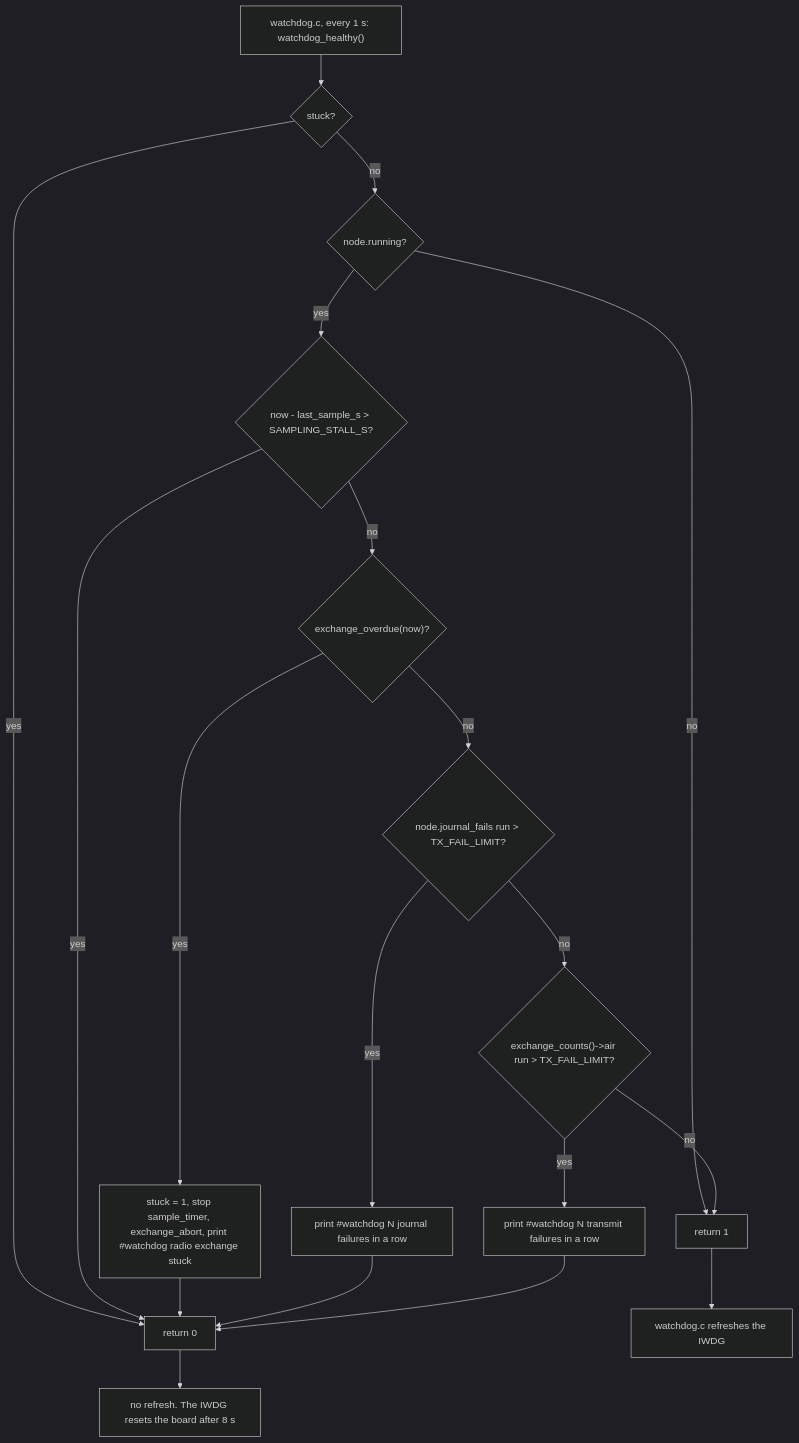
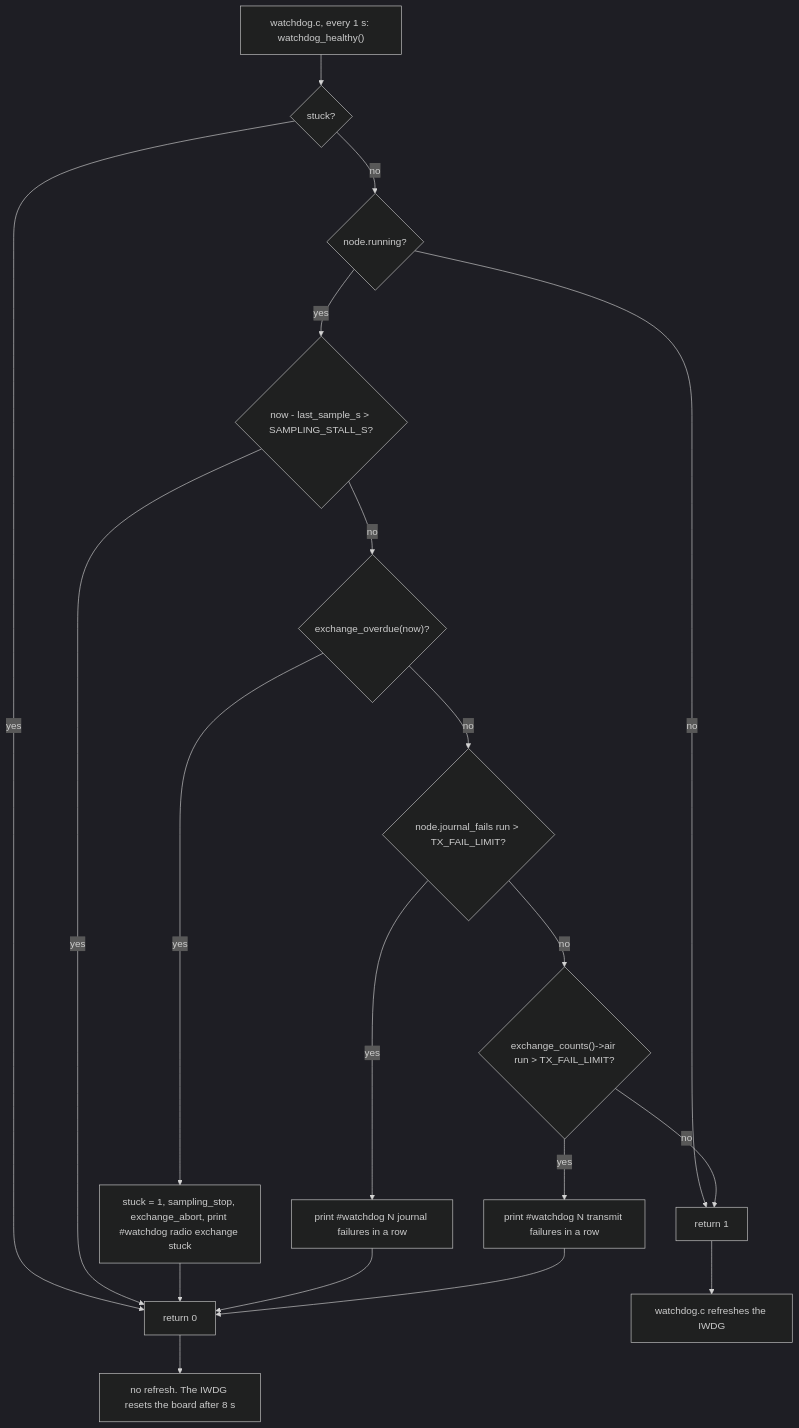
One commit to clintecker/weather-station-2026 changed the fourth of 4 diagrams in firmware/stage0-node/App/app_tx.lit.md. Above: the diagram before and after it, drawn with Mermaid (dark theme). The commit also changed other lines of this file and 6 other files, not shown here.

First line of the commit message:
TX: a stuck radio stops both timers; sensor_faults documented; one pressure range check

````diff
--- a/firmware/stage0-node/App/app_tx.lit.md
+++ b/firmware/stage0-node/App/app_tx.lit.md
@@ -584,21 +586,21 @@
 ```mermaid
 flowchart TD
   C["watchdog.c, every 1 s: watchdog_healthy()"] --> S{"stuck?"}
   S -- yes --> U["return 0"]
   S -- no --> R{"node.running?"}
   R -- no --> OK["return 1"]
   R -- yes --> ST{"now - last_sample_s > SAMPLING_STALL_S?"}
   ST -- yes --> U
   ST -- no --> O{"exchange_overdue(now)?"}
-  O -- yes --> AB["stuck = 1, stop sample_timer, exchange_abort, print #watchdog radio exchange stuck"]
+  O -- yes --> AB["stuck = 1, sampling_stop, exchange_abort, print #watchdog radio exchange stuck"]
   AB --> U
   O -- no --> JF{"node.journal_fails run > TX_FAIL_LIMIT?"}
   JF -- yes --> PJ["print #watchdog N journal failures in a row"]
   PJ --> U
   JF -- no --> AF{"exchange_counts()->air run > TX_FAIL_LIMIT?"}
   AF -- yes --> PA["print #watchdog N transmit failures in a row"]
   PA --> U
   AF -- no --> OK
   OK --> REF["watchdog.c refreshes the IWDG"]
   U --> NOREF["no refresh. The IWDG resets the board after 8 s"]
 ```
````
